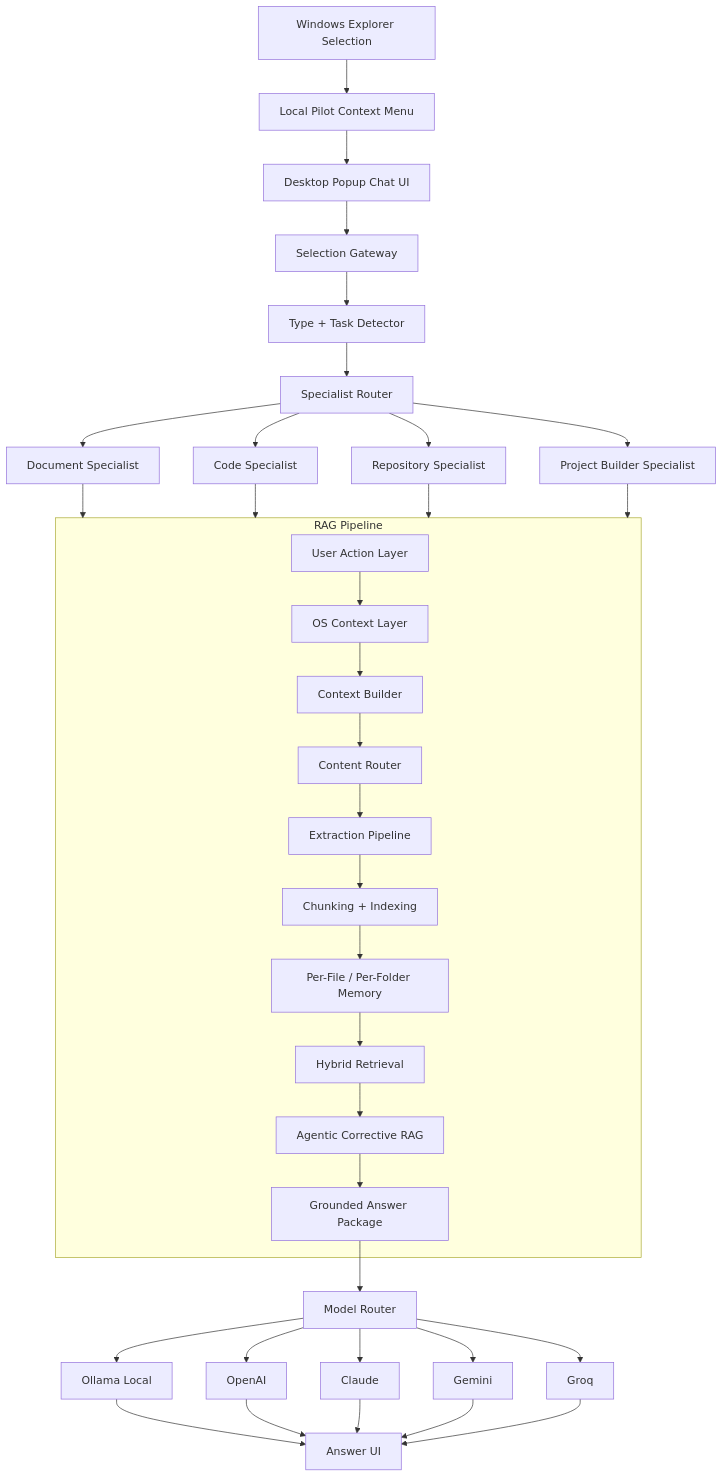
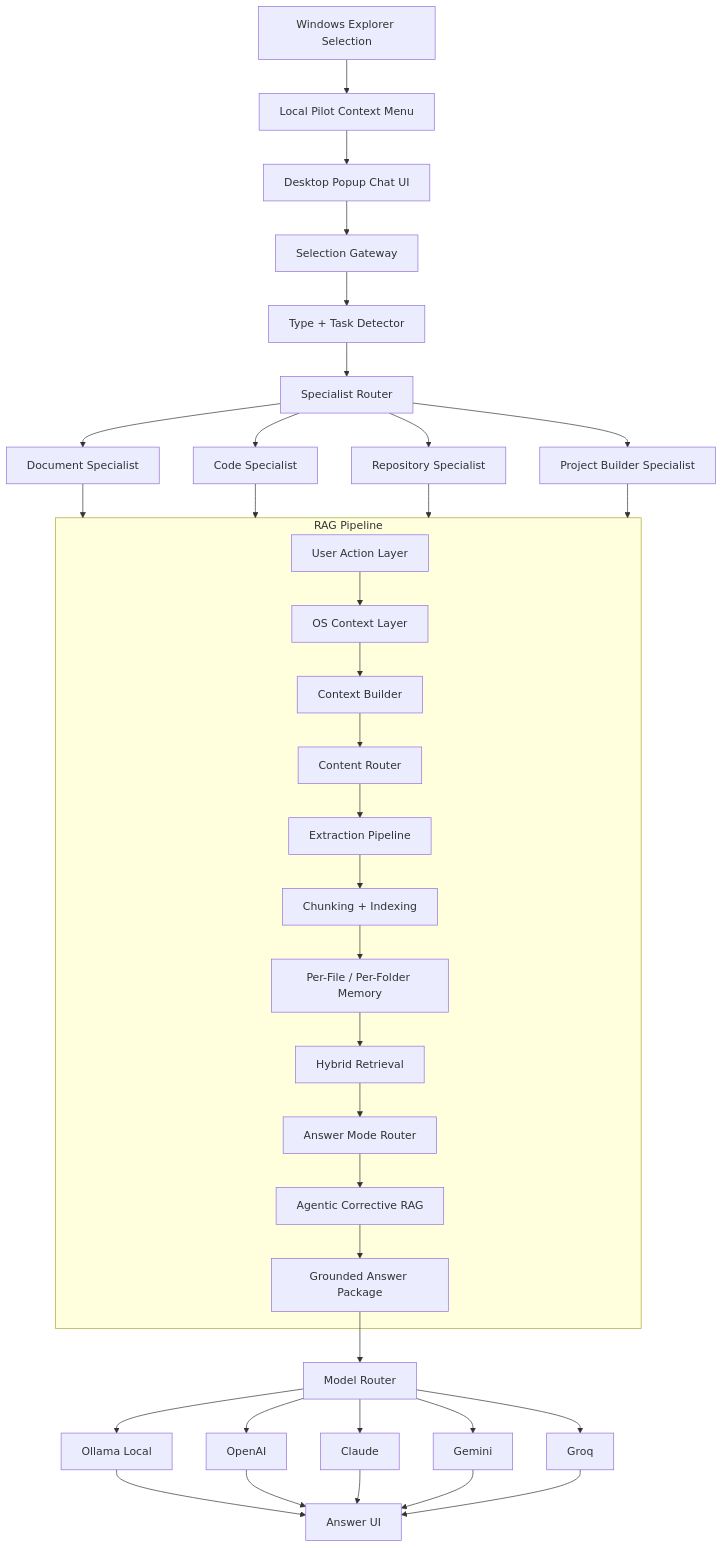
One commit to Adrian-patrick/local-pilot changed the diagram in README.md. Above: the diagram before and after it, drawn with Mermaid. The commit also changed other lines of this file, not shown here.

Commit message:
Update README architecture and mode router docs

````diff
--- a/README.md
+++ b/README.md
@@ -337,45 +385,46 @@
 ```mermaid
 flowchart TD
     A[Windows Explorer Selection] --> B[Local Pilot Context Menu]
     B --> C[Desktop Popup Chat UI]
     C --> D[Selection Gateway]
     D --> T[Type + Task Detector]
     T --> S[Specialist Router]
 
     S --> SD[Document Specialist]
     S --> SC[Code Specialist]
     S --> SR[Repository Specialist]
     S --> SP[Project Builder Specialist]
 
     SD --> E[RAG Pipeline]
     SC --> E
     SR --> E
     SP --> E
 
     subgraph E[RAG Pipeline]
         E1[User Action Layer]
         E2[OS Context Layer]
         E3[Context Builder]
         E4[Content Router]
         E5[Extraction Pipeline]
         E6[Chunking + Indexing]
         E7[Per-File / Per-Folder Memory]
         E8[Hybrid Retrieval]
-        E9[Agentic Corrective RAG]
-        E10[Grounded Answer Package]
+        E9[Answer Mode Router]
+        E10[Agentic Corrective RAG]
+        E11[Grounded Answer Package]
 
-        E1 --> E2 --> E3 --> E4 --> E5 --> E6 --> E7 --> E8 --> E9 --> E10
+        E1 --> E2 --> E3 --> E4 --> E5 --> E6 --> E7 --> E8 --> E9 --> E10 --> E11
     end
 
-    E10 --> F[Model Router]
+    E11 --> F[Model Router]
     F --> G1[Ollama Local]
     F --> G2[OpenAI]
     F --> G3[Claude]
     F --> G4[Gemini]
     F --> G5[Groq]
     G1 --> H[Answer UI]
     G2 --> H
     G3 --> H
     G4 --> H
     G5 --> H
 ```
````
